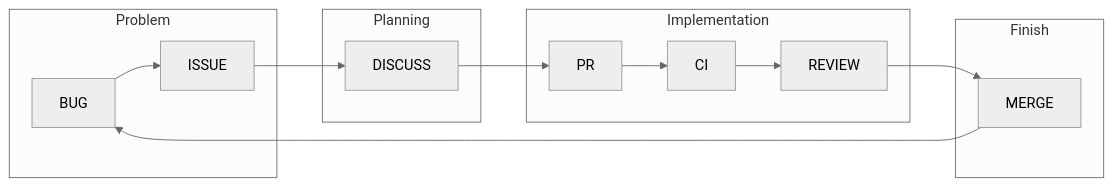
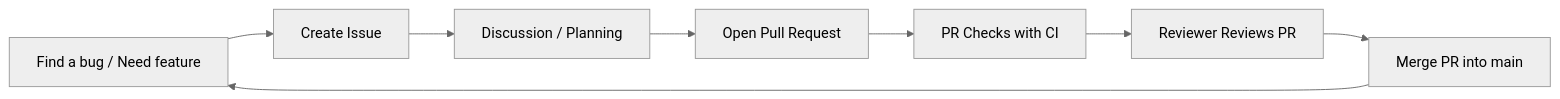
One commit to alchemmist/blog changed the third of 3 diagrams in site/content/articles/how-we-contribute.ru.md. Above: the diagram before and after it, drawn with Mermaid (neutral theme). The commit also changed 3 other files, not shown here.

Commit message:
fix styles for mermaid adaptives; add mermaid to articles

````diff
--- a/site/content/articles/how-we-contribute.ru.md
+++ b/site/content/articles/how-we-contribute.ru.md
@@ -273,18 +273,10 @@
 ```mermaid
 flowchart LR
-  subgraph A["Problem"]
-    BUG --> ISSUE
-  end
-
-  subgraph B["Planning"]
-    ISSUE --> DISCUSS
-  end
-
-  subgraph C["Implementation"]
-    DISCUSS --> PR --> CI --> REVIEW
-  end
-
-  subgraph D["Finish"]
-    REVIEW --> MERGE --> BUG
-  end
+    BUG["Find a bug / Need feature"] --> ISSUE["Create Issue"]
+    ISSUE --> DISCUSS["Discussion / Planning"]
+    DISCUSS --> PR["Open Pull Request"]
+    PR --> CI["PR Checks with CI"]
+    CI --> REVIEW["Reviewer Reviews PR"]
+    REVIEW --> MERGE["Merge PR into main"]
+    MERGE --> BUG
 ```
````
